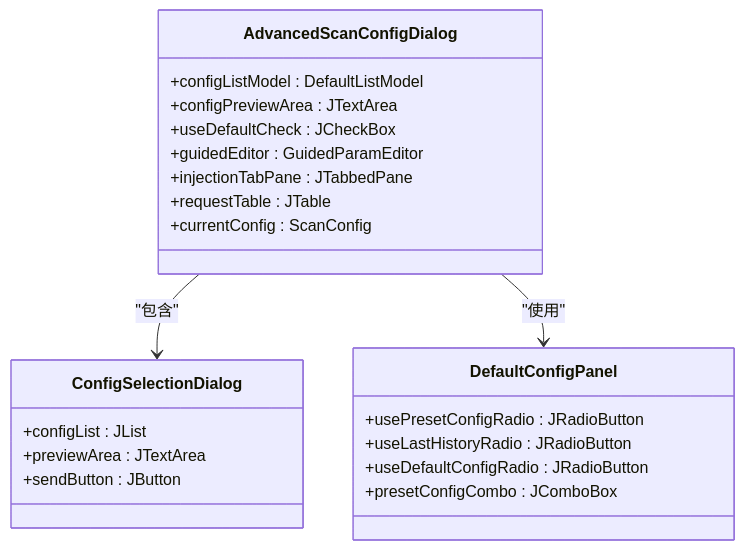
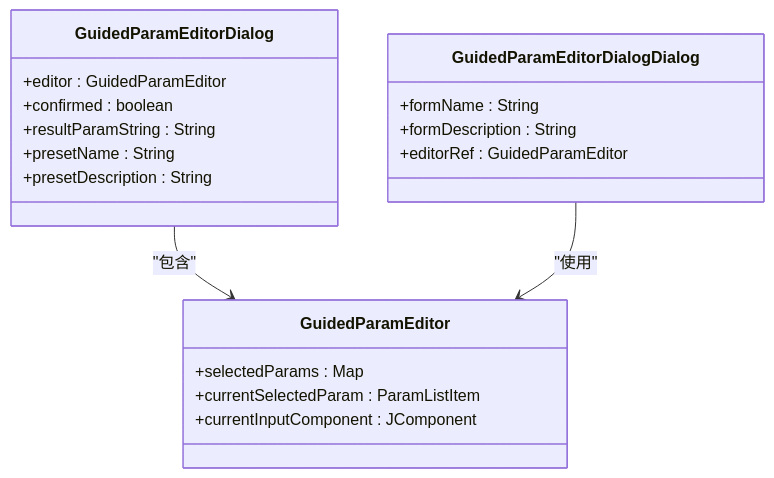
The sixth of 8 diagrams in .qoder/repowiki/zh/content/外部系统集成/Burp Suite插件集成/Burp Suite插件集成.md (GitHubNull/sqlmapWebUI), drawn with Mermaid before and after one commit. The commit also changed other lines of this file and 9 other files, not shown here.

````diff
--- a/.qoder/repowiki/zh/content/外部系统集成/Burp Suite插件集成/Burp Suite插件集成.md
+++ b/.qoder/repowiki/zh/content/外部系统集成/Burp Suite插件集成/Burp Suite插件集成.md
@@ -223,25 +223,22 @@
 ```mermaid
 classDiagram
-class AdvancedScanConfigDialog {
-+configListModel : DefaultListModel
-+configPreviewArea : JTextArea
-+useDefaultCheck : JCheckBox
-+guidedEditor : GuidedParamEditor
-+injectionTabPane : JTabbedPane
-+requestTable : JTable
-+currentConfig : ScanConfig
+class GuidedParamEditorDialog {
++editor : GuidedParamEditor
++confirmed : boolean
++resultParamString : String
++presetName : String
++presetDescription : String
 }
-class ConfigSelectionDialog {
-+configList : JList
-+previewArea : JTextArea
-+sendButton : JButton
+class GuidedParamEditor {
++selectedParams : Map<String, Object>
++currentSelectedParam : ParamListItem
++currentInputComponent : JComponent
 }
-class DefaultConfigPanel {
-+usePresetConfigRadio : JRadioButton
-+useLastHistoryRadio : JRadioButton
-+useDefaultConfigRadio : JRadioButton
-+presetConfigCombo : JComboBox
+class GuidedParamEditorDialogDialog {
++formName : String
++formDescription : String
++editorRef : GuidedParamEditor
 }
-AdvancedScanConfigDialog --> ConfigSelectionDialog : "包含"
-AdvancedScanConfigDialog --> DefaultConfigPanel : "使用"
+GuidedParamEditorDialog --> GuidedParamEditor : "包含"
+GuidedParamEditorDialogDialog --> GuidedParamEditor : "使用"
 ```
````
